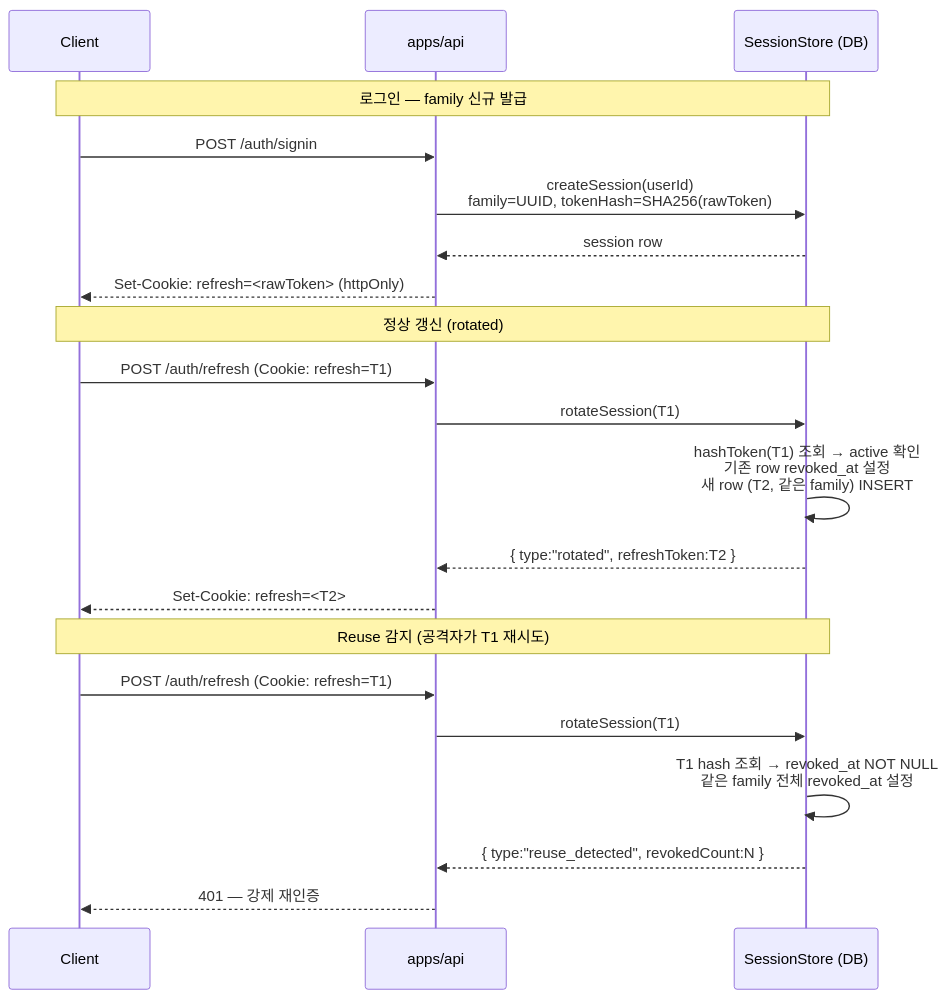
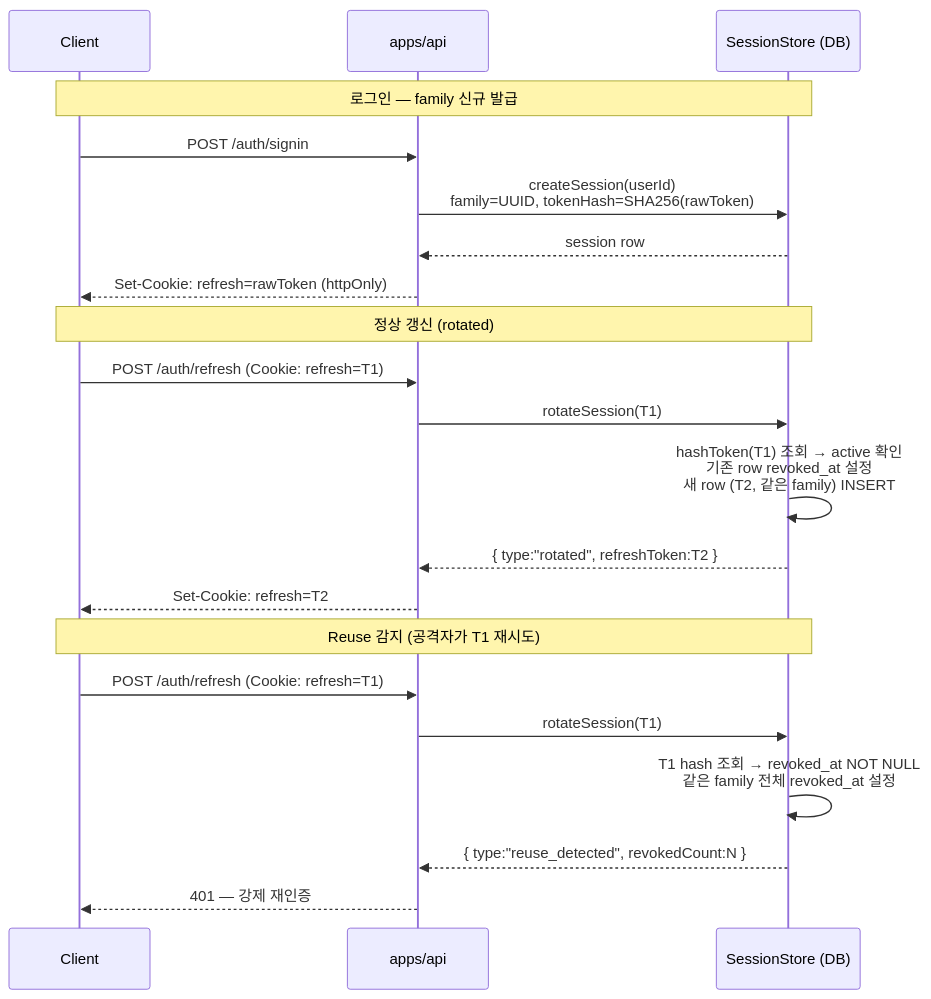
Before and after one commit to Changsik00/service-foundry: the diagram in docs/explainers/auth/session-rotation-chain.md, drawn with Mermaid. The commit also changed 13 other files, not shown here.

Commit message:
docs(phase-14): escape angle brackets + quote node labels in mermaid (github render)

````diff
--- a/docs/explainers/auth/session-rotation-chain.md
+++ b/docs/explainers/auth/session-rotation-chain.md
@@ -18,26 +18,26 @@
 ```mermaid
 sequenceDiagram
     participant C as Client
     participant API as apps/api
     participant S as SessionStore (DB)
 
     Note over C,S: 로그인 — family 신규 발급
     C->>API: POST /auth/signin
     API->>S: createSession(userId)<br/>family=UUID, tokenHash=SHA256(rawToken)
     S-->>API: session row
-    API-->>C: Set-Cookie: refresh=<rawToken> (httpOnly)
+    API-->>C: Set-Cookie: refresh=rawToken (httpOnly)
 
     Note over C,S: 정상 갱신 (rotated)
     C->>API: POST /auth/refresh (Cookie: refresh=T1)
     API->>S: rotateSession(T1)
     S->>S: hashToken(T1) 조회 → active 확인<br/>기존 row revoked_at 설정<br/>새 row (T2, 같은 family) INSERT
     S-->>API: { type:"rotated", refreshToken:T2 }
-    API-->>C: Set-Cookie: refresh=<T2>
+    API-->>C: Set-Cookie: refresh=T2
 
     Note over C,S: Reuse 감지 (공격자가 T1 재시도)
     C->>API: POST /auth/refresh (Cookie: refresh=T1)
     API->>S: rotateSession(T1)
     S->>S: T1 hash 조회 → revoked_at NOT NULL<br/>같은 family 전체 revoked_at 설정
     S-->>API: { type:"reuse_detected", revokedCount:N }
     API-->>C: 401 — 강제 재인증
 ```
````
